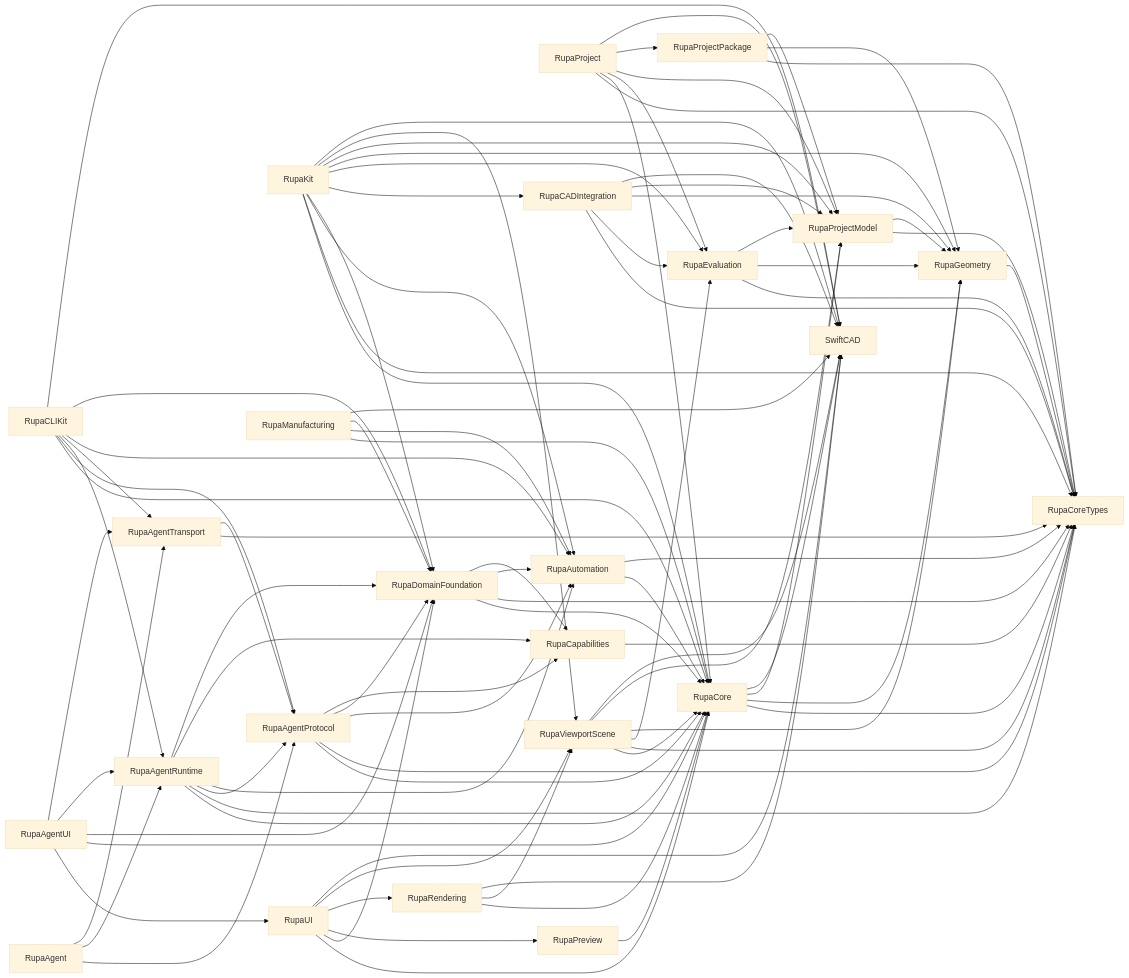
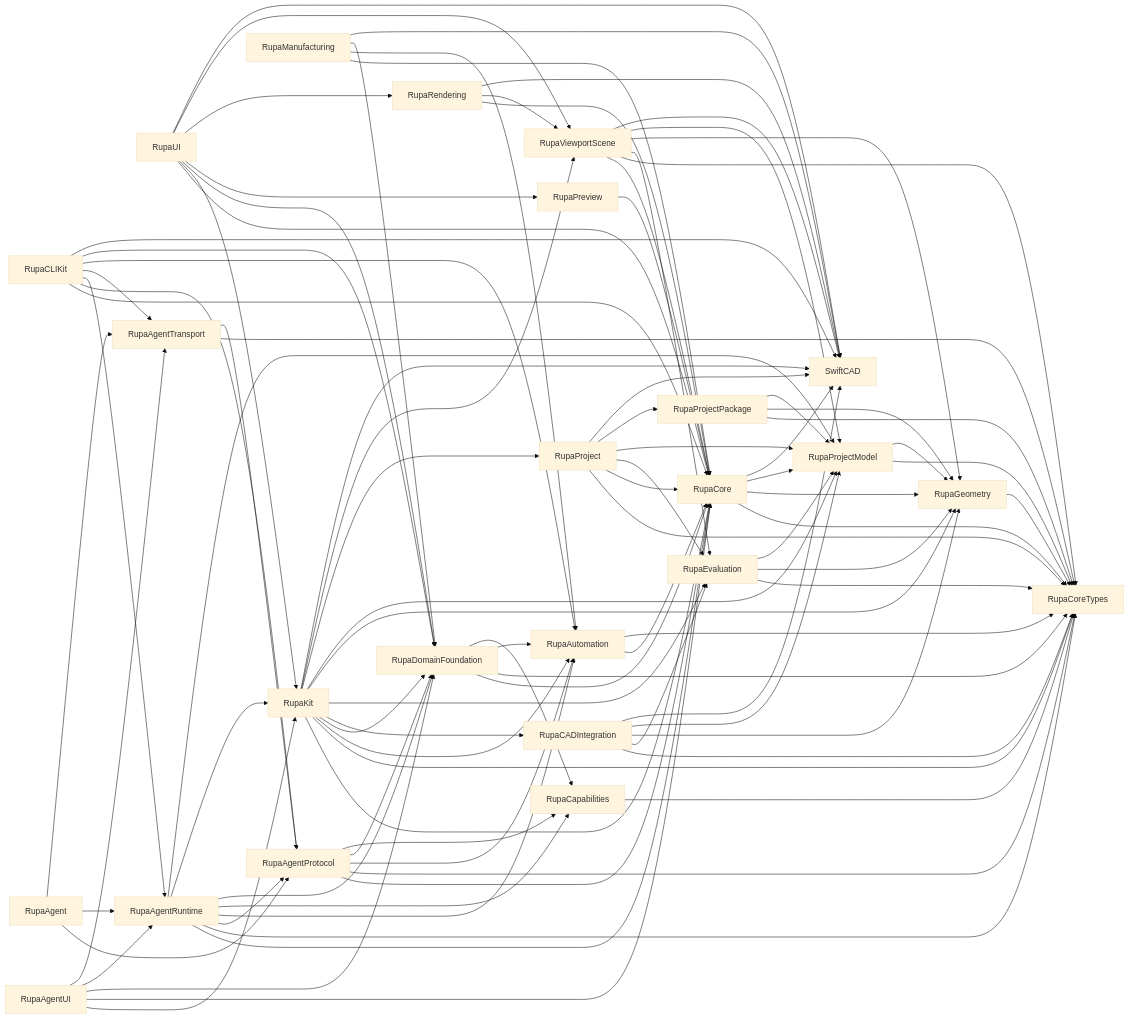
Before and after one commit to 1amageek/Rupa: the first of 3 diagrams in RupaKit/ARCHITECTURE.md, drawn with Mermaid (base theme). The commit also changed other lines of this file and 60 other files, not shown here.

Commit message:
Cut Agent over to ProjectWorkspace

```diff
--- a/RupaKit/ARCHITECTURE.md
+++ b/RupaKit/ARCHITECTURE.md
@@ -55,6 +55,7 @@
     Rendering --> ViewportScene
     Rendering --> SwiftCAD
     UI[RupaUI] --> Core
+    UI --> Kit
     UI --> Domain
     UI --> Preview[RupaPreview]
     UI --> Rendering
@@ -68,6 +69,7 @@
     Kit --> Evaluation
     Kit --> Geometry
     Kit --> ProjectModel
+    Kit --> Project
     Kit --> ViewportScene
     Kit --> SwiftCAD
     AgentProtocol[RupaAgentProtocol] --> Core
@@ -81,9 +83,11 @@
     AgentRuntime --> Automation
     AgentRuntime --> Capabilities
     AgentRuntime --> Domain
+    AgentRuntime --> Kit
+    AgentRuntime --> ProjectModel
     AgentTransport[RupaAgentTransport] --> CoreTypes
     AgentTransport --> AgentProtocol
-    AgentUI[RupaAgentUI] --> UI
+    AgentUI[RupaAgentUI] --> Kit
     AgentUI --> Core
     AgentUI --> Domain
     AgentUI --> AgentRuntime
```
